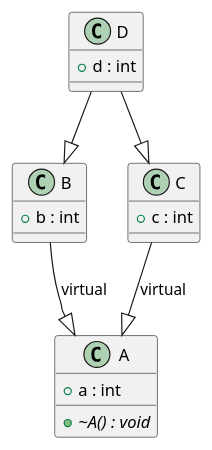
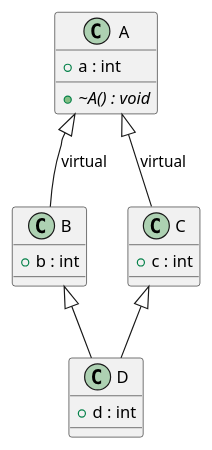
One commit to marktomm/features-cpp changed the diagram in virtual_base_class/diamond.plantuml. Above: the diagram before and after it, drawn with PlantUML.

Commit message:
modify plantuml

```diff
--- a/virtual_base_class/diamond.plantuml
+++ b/virtual_base_class/diamond.plantuml
@@ -1,23 +1,23 @@
 @startuml
 class A {
     +{abstract} ~A() : void
     +a : int
 }
 
 class B {
     +b : int
 }
 
 class C {
     +c : int
 }
 
 class D {
     +d : int
 }
 
-B --|> A : virtual
-C --|> A : virtual
-D --|> B
-D --|> C
+A <|-- B : virtual
+A <|-- C : virtual
+B <|-- D
+C <|-- D
 @enduml
```
